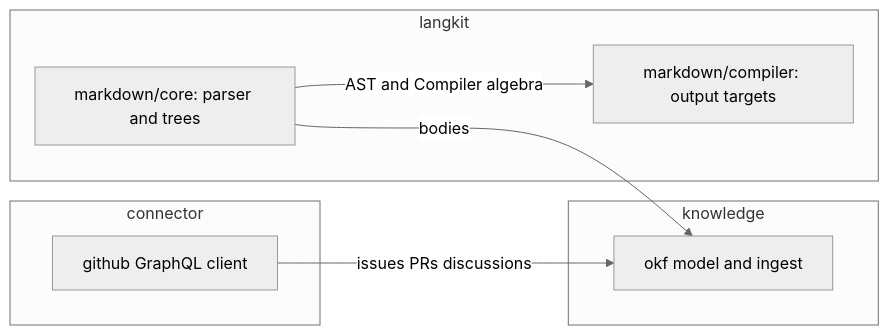
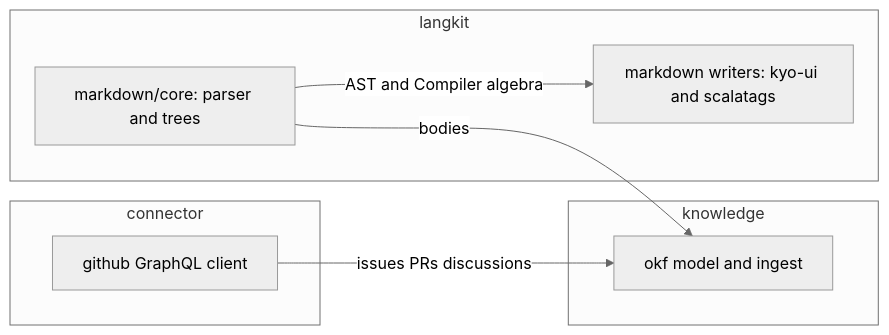
One commit to finos/morphir-scala changed the diagram in kb/bundles/morphir/morphir-scala/design/published-library-families.md. Above: the diagram before and after it, drawn with Mermaid (neutral theme). The commit also changed other lines of this file and 22 other files, not shown here.

First line of the commit message:
refactor(markdown): name the writers after what they bind, not their role

````diff
--- a/kb/bundles/morphir/morphir-scala/design/published-library-families.md
+++ b/kb/bundles/morphir/morphir-scala/design/published-library-families.md
@@ -14,16 +14,16 @@
 ```mermaid
 flowchart LR
   subgraph connectorFam [connector]
     gh["github GraphQL client"]
   end
   subgraph langkitFam [langkit]
     mdCore["markdown/core: parser and trees"]
-    mdCompiler["markdown/compiler: output targets"]
+    mdCompiler["markdown writers: kyo-ui and scalatags"]
   end
   subgraph knowledgeFam [knowledge]
     okf["okf model and ingest"]
   end
   mdCore -->|"AST and Compiler algebra"| mdCompiler
   mdCore -->|"bodies"| okf
   gh -->|"issues PRs discussions"| okf
 ```
````
